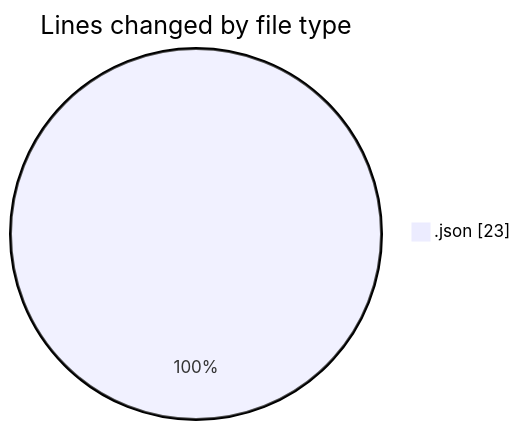
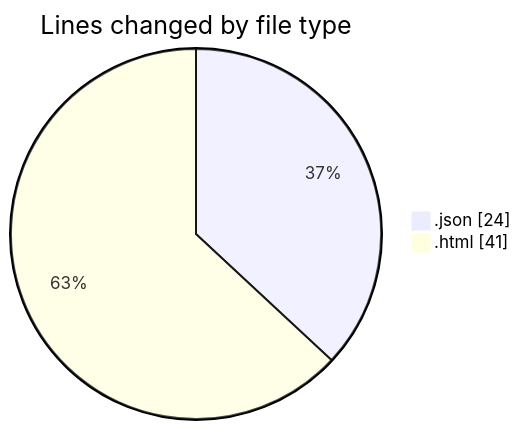
Before and after one commit to nxtqubesakshisongat/code-tracking: the first of 2 diagrams in 2025-09-06/cashcalculator/README.md, drawn with Mermaid. The commit also changed other lines of this file and 1 other file, not shown here.

````diff
--- a/2025-09-06/cashcalculator/README.md
+++ b/2025-09-06/cashcalculator/README.md
@@ -20,5 +21,6 @@
 ```mermaid
 pie showData
 title Lines changed by file type
-".json" : 23
+".json" : 24
+".html" : 41
 ```
````
